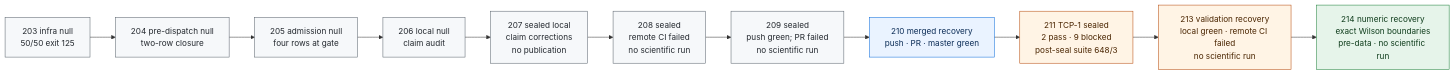
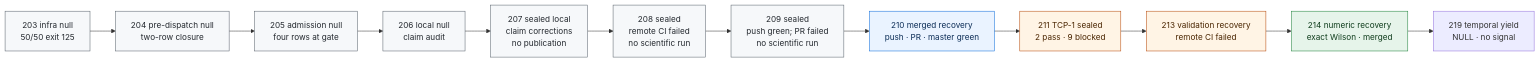
Before and after one commit to manfromnowhere143/telos: the third of 5 diagrams in README.md, drawn with Mermaid. The commit also changed other lines of this file and 12 other files, not shown here.

Commit message:
Publish iter219 temporal consequence-test yield null

````diff
--- a/README.md
+++ b/README.md
@@ -211,12 +223,12 @@
 ```mermaid
 flowchart LR
- I203["203 infra null<br/>50/50 exit 125"]-->I204["204 pre-dispatch null<br/>two-row closure"]-->I205["205 admission null<br/>four rows at gate"]-->I206["206 local null<br/>claim audit"]-->I207["207 sealed local<br/>claim corrections<br/>no publication"]-->I208["208 sealed<br/>remote CI failed<br/>no scientific run"]-->I209["209 sealed<br/>push green; PR failed<br/>no scientific run"]-->I210["210 merged recovery<br/>push · PR · master green"]-->I211["211 TCP-1 sealed<br/>2 pass · 9 blocked<br/>post-seal suite 648/3"]-->I213["213 validation recovery<br/>local green · remote CI failed<br/>no scientific run"]-->I214["214 numeric recovery<br/>exact Wilson boundaries<br/>pre-data · no scientific run"]
+ I203["203 infra null<br/>50/50 exit 125"]-->I204["204 pre-dispatch null<br/>two-row closure"]-->I205["205 admission null<br/>four rows at gate"]-->I206["206 local null<br/>claim audit"]-->I207["207 sealed local<br/>claim corrections<br/>no publication"]-->I208["208 sealed<br/>remote CI failed<br/>no scientific run"]-->I209["209 sealed<br/>push green; PR failed<br/>no scientific run"]-->I210["210 merged recovery<br/>push · PR · master green"]-->I211["211 TCP-1 sealed<br/>2 pass · 9 blocked"]-->I213["213 validation recovery<br/>remote CI failed"]-->I214["214 numeric recovery<br/>exact Wilson · merged"]-->I219["219 temporal yield<br/>NULL · no signal"]
  classDef null fill:#f6f8fa,stroke:#57606a,color:#24292f;
  classDef complete fill:#eaf3ff,stroke:#0969da,color:#0c2d57;
  classDef corrected fill:#fff4e5,stroke:#b54708,color:#4a2500;
  classDef active fill:#e6f4ea,stroke:#1a7f37,color:#0f3d1c;
  class I203,I204,I205,I206,I207,I208,I209 null;
  class I210 complete;
  class I211,I213 corrected;
  class I214 active;
 ```
````
